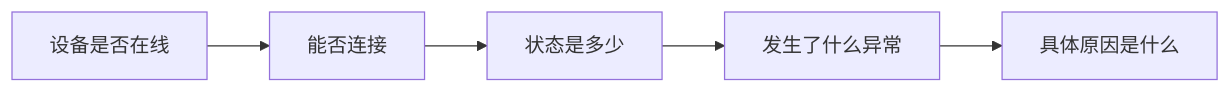
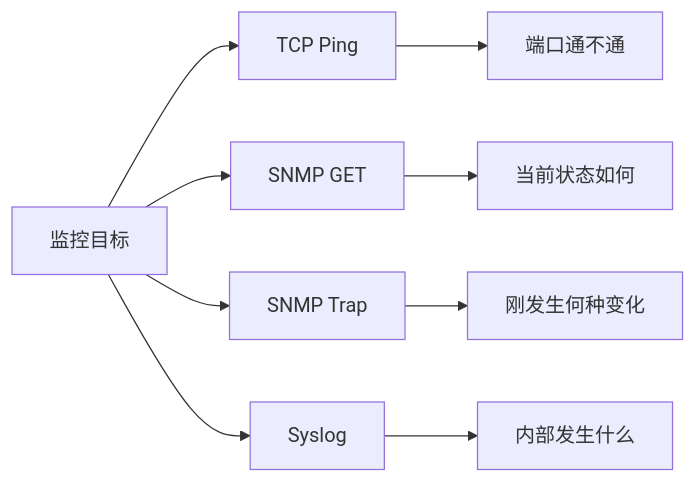
Before and after one commit to seki999/DialogueFlow_GitHub_OnLine: the diagram in slides/网络监控四层通信方式解析/中文版/01.md, drawn with Mermaid. The commit also changed other lines of this file and 56 other files, not shown here.

````diff
--- a/slides/网络监控四层通信方式解析/中文版/01.md
+++ b/slides/网络监控四层通信方式解析/中文版/01.md
@@ -5,7 +5,11 @@
 ```mermaid
 flowchart LR
-    A[设备是否在线] --> B[能否连接]
-    B --> C[状态是多少]
-    C --> D[发生了什么异常]
-    D --> E[具体原因是什么]
+    A[监控目标] --> B[TCP Ping]
+    A --> C[SNMP GET]
+    A --> D[SNMP Trap]
+    A --> E[Syslog]
+    B --> F[端口通不通]
+    C --> G[当前状态如何]
+    D --> H[刚发生何种变化]
+    E --> I[内部发生什么]
 ```
````
